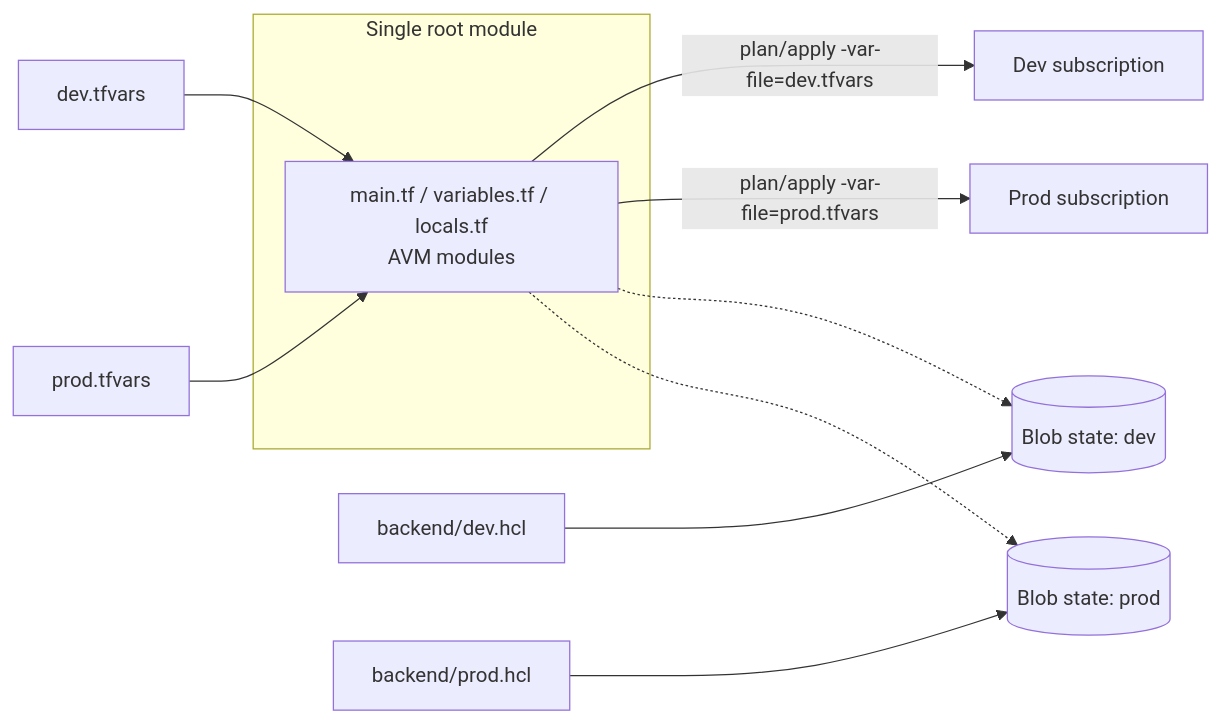
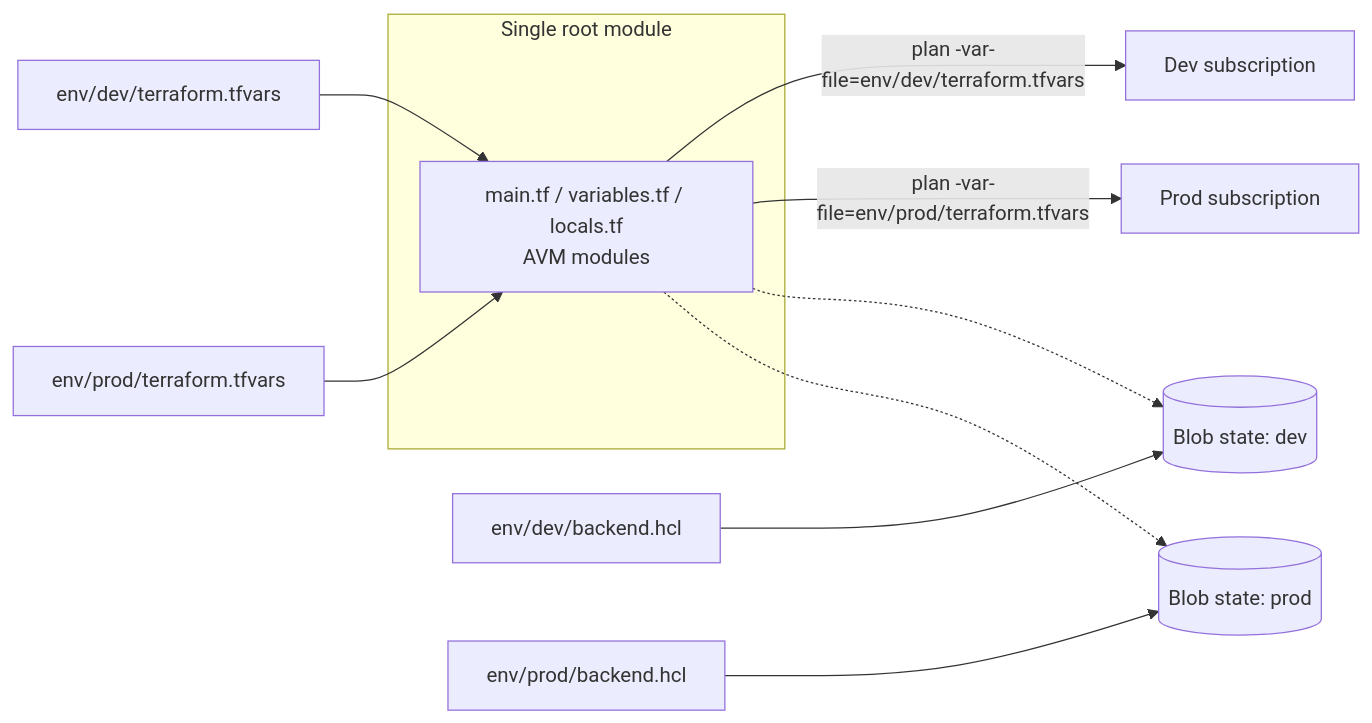
One commit to SteveHoggNZ/workshop-terraform changed the third of 3 diagrams in DIAGRAM.md. Above: the diagram before and after it, drawn with Mermaid. The commit also changed 12 other files, not shown here.

Commit message:
refactor: move tfvars to terraform/env/<env>/ and add ADRs 0001-0008

````diff
--- a/DIAGRAM.md
+++ b/DIAGRAM.md
@@ -54,14 +54,14 @@
 ```mermaid
 flowchart LR
     subgraph CODE["Single root module"]
         TF["main.tf / variables.tf / locals.tf<br/>AVM modules"]
     end
-    DEVVARS["dev.tfvars"] --> TF
-    PRODVARS["prod.tfvars"] --> TF
-    DEVBE["backend/dev.hcl"] --> STDEV[("Blob state: dev")]
-    PRODBE["backend/prod.hcl"] --> STPROD[("Blob state: prod")]
-    TF -- "plan/apply -var-file=dev.tfvars" --> DEVSUB["Dev subscription"]
-    TF -- "plan/apply -var-file=prod.tfvars" --> PRODSUB["Prod subscription"]
+    DEVVARS["env/dev/terraform.tfvars"] --> TF
+    PRODVARS["env/prod/terraform.tfvars"] --> TF
+    DEVBE["env/dev/backend.hcl"] --> STDEV[("Blob state: dev")]
+    PRODBE["env/prod/backend.hcl"] --> STPROD[("Blob state: prod")]
+    TF -- "plan -var-file=env/dev/terraform.tfvars" --> DEVSUB["Dev subscription"]
+    TF -- "plan -var-file=env/prod/terraform.tfvars" --> PRODSUB["Prod subscription"]
     TF -.-> STDEV
     TF -.-> STPROD
 ```
````
